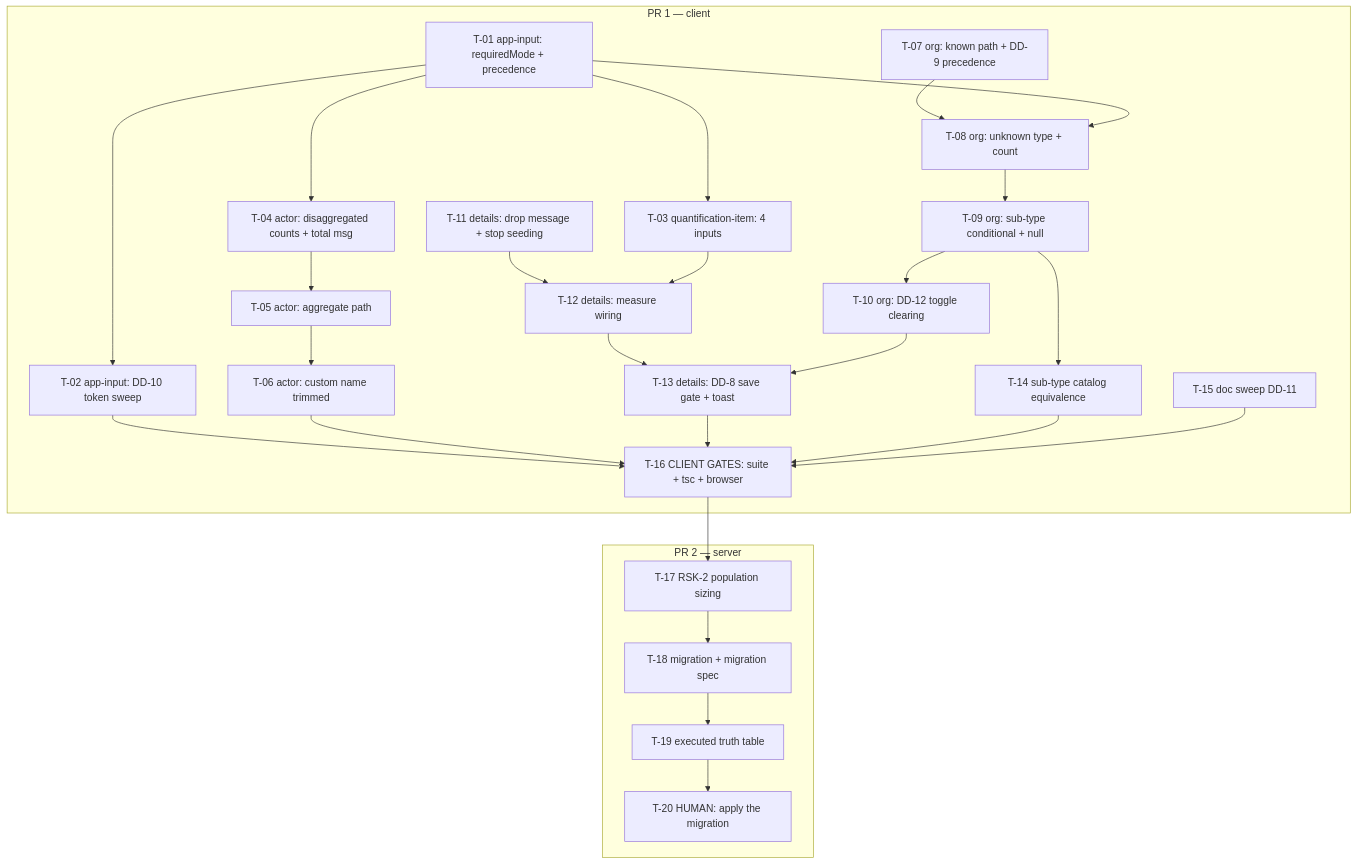
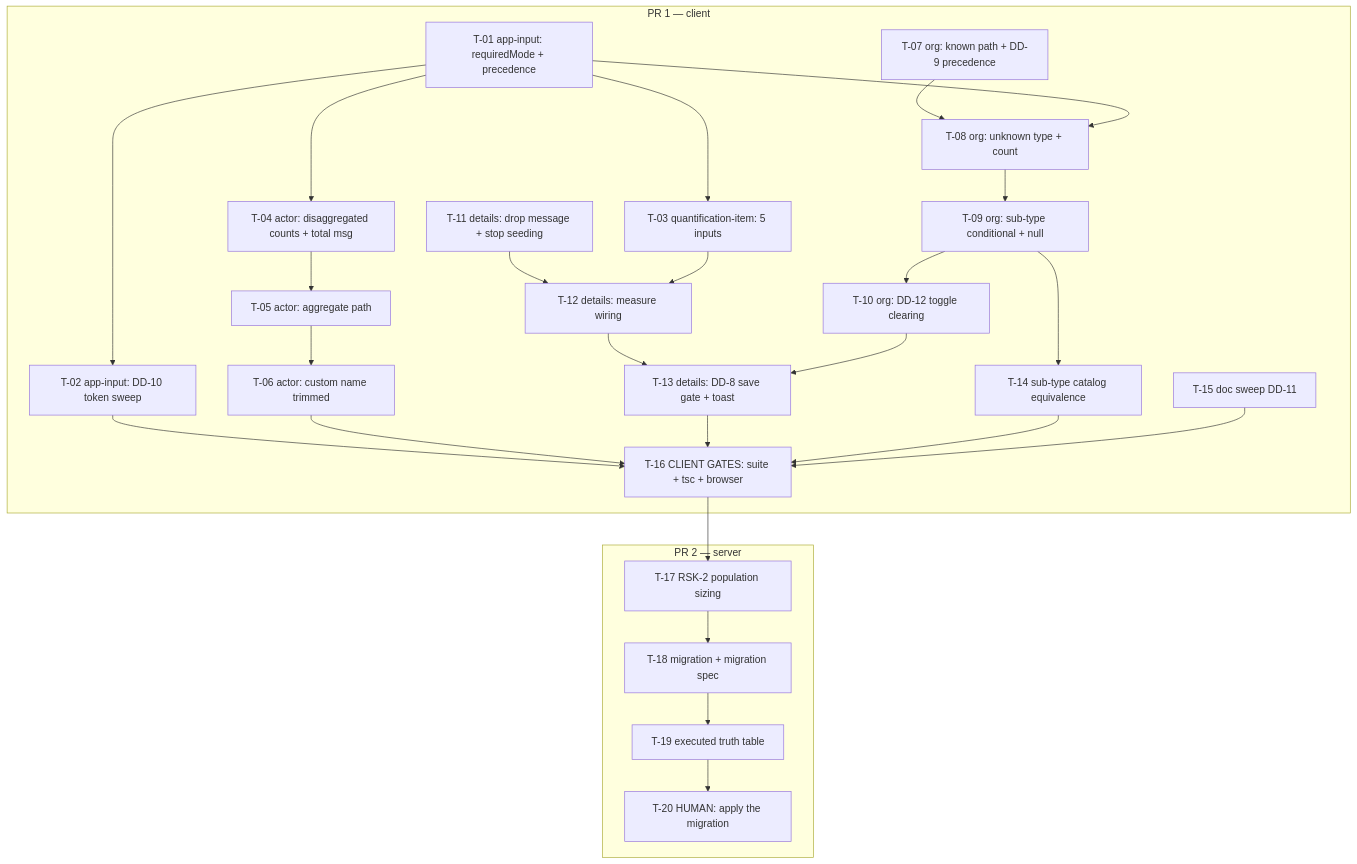
The diagram in docs/specs/changes/innovation-use-required-fields/tasks.md (AllianceBioversityCIAT/alliance-research-indicators-main), drawn with Mermaid before and after one commit. The commit also changed other lines of this file and 4 other files, not shown here.

````diff
--- a/docs/specs/changes/innovation-use-required-fields/tasks.md
+++ b/docs/specs/changes/innovation-use-required-fields/tasks.md
@@ -54,31 +54,31 @@
 ```mermaid
 graph TD
   subgraph PR1["PR 1 — client"]
     T01["T-01 app-input: requiredMode + precedence"] --> T02["T-02 app-input: DD-10 token sweep"]
-    T01 --> T03["T-03 quantification-item: 4 inputs"]
+    T01 --> T03["T-03 quantification-item: 5 inputs"]
     T01 --> T04["T-04 actor: disaggregated counts + total msg"]
     T04 --> T05["T-05 actor: aggregate path"]
     T05 --> T06["T-06 actor: custom name trimmed"]
     T07["T-07 org: known path + DD-9 precedence"] --> T08["T-08 org: unknown type + count"]
     T01 --> T08
     T08 --> T09["T-09 org: sub-type conditional + null"]
     T09 --> T10["T-10 org: DD-12 toggle clearing"]
     T09 --> T14["T-14 sub-type catalog equivalence"]
     T11["T-11 details: drop message + stop seeding"] --> T12["T-12 details: measure wiring"]
     T03 --> T12
     T12 --> T13["T-13 details: DD-8 save gate + toast"]
     T10 --> T13
     T15["T-15 doc sweep DD-11"]
     T02 --> T16["T-16 CLIENT GATES: suite + tsc + browser"]
     T06 --> T16
     T13 --> T16
     T14 --> T16
     T15 --> T16
   end
   subgraph PR2["PR 2 — server"]
     T17["T-17 RSK-2 population sizing"] --> T18["T-18 migration + migration spec"]
     T18 --> T19["T-19 executed truth table"]
     T19 --> T20["T-20 HUMAN: apply the migration"]
   end
   T16 --> T17
 ```
````
